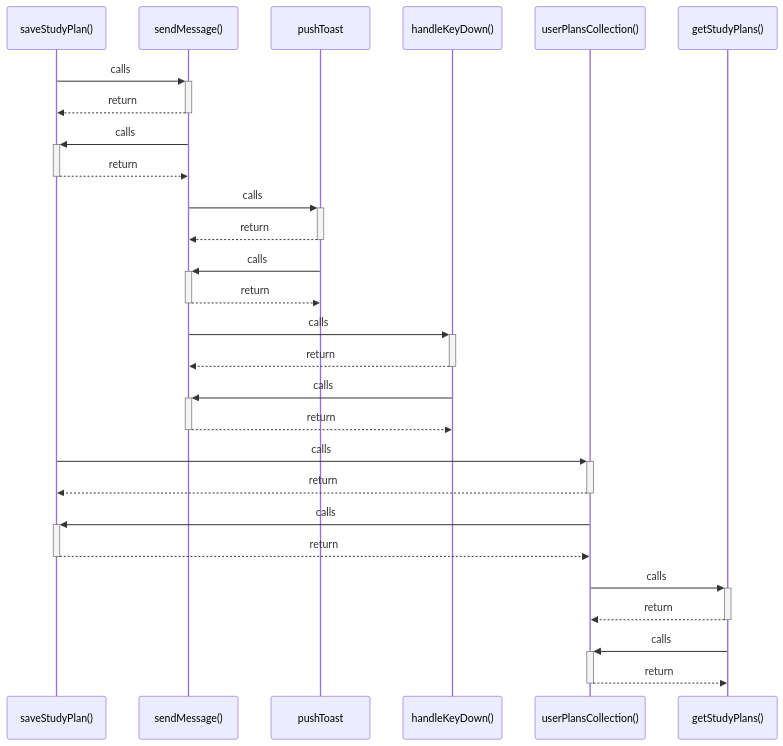
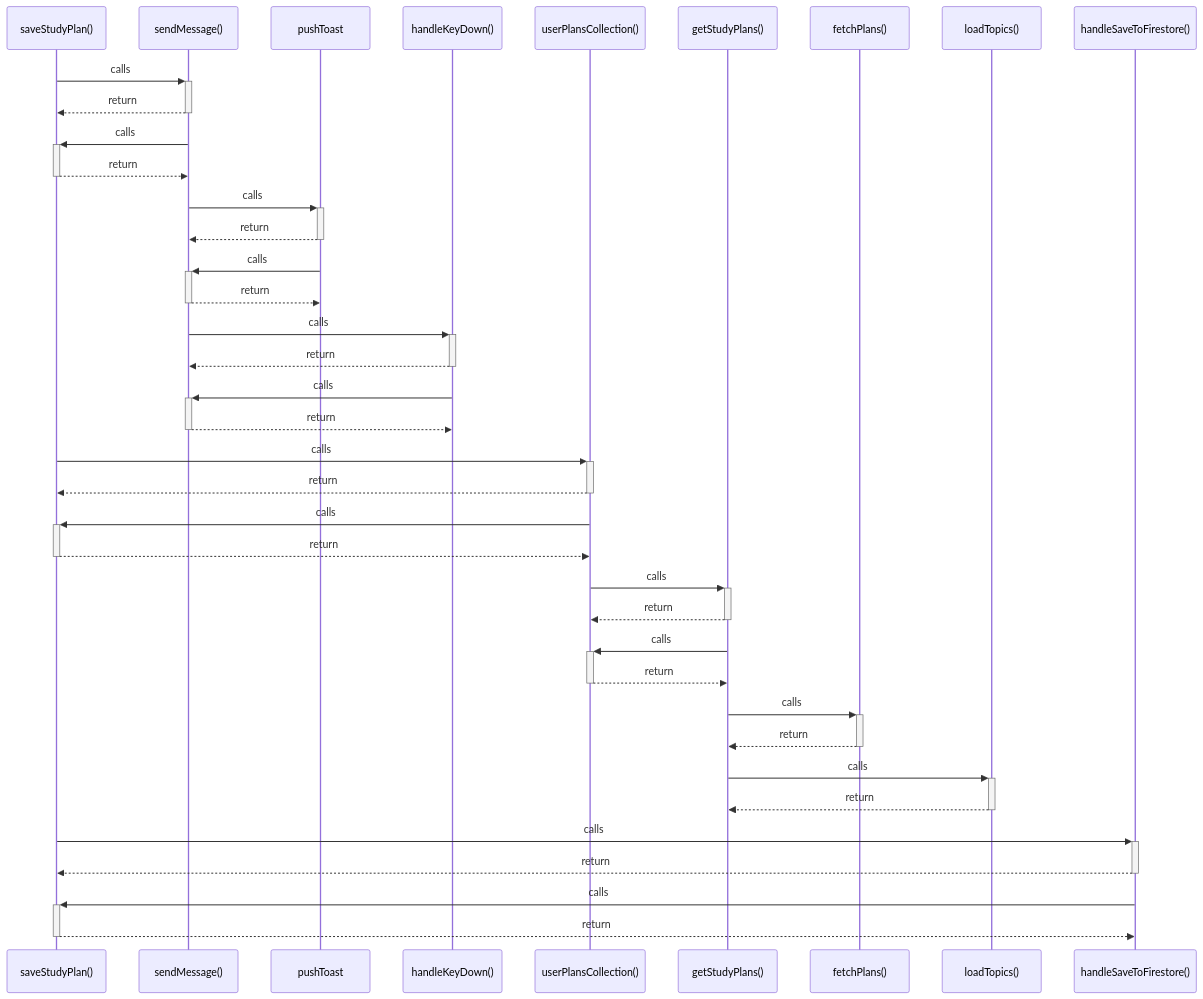
The diagram in src/graphify-out/wiki/saveStudyPlan().md (Exselsa/studysync-ai), drawn with Mermaid before and after one commit. The commit also changed other lines of this file and 39 other files, not shown here.

````diff
--- a/src/graphify-out/wiki/saveStudyPlan().md
+++ b/src/graphify-out/wiki/saveStudyPlan().md
@@ -7,29 +7,40 @@
 ```mermaid
 sequenceDiagram
     participant P0 as saveStudyPlan()
     participant P1 as sendMessage()
     participant P2 as pushToast
     participant P3 as handleKeyDown()
     participant P4 as userPlansCollection()
     participant P5 as getStudyPlans()
+    participant P6 as fetchPlans()
+    participant P7 as loadTopics()
+    participant P8 as handleSaveToFirestore()
     P0->>+ P1: calls
     P1-->>- P0: return
     P1->>+ P0: calls
     P0-->>- P1: return
     P1->>+ P2: calls
     P2-->>- P1: return
     P2->>+ P1: calls
     P1-->>- P2: return
     P1->>+ P3: calls
     P3-->>- P1: return
     P3->>+ P1: calls
     P1-->>- P3: return
     P0->>+ P4: calls
     P4-->>- P0: return
     P4->>+ P0: calls
     P0-->>- P4: return
     P4->>+ P5: calls
     P5-->>- P4: return
     P5->>+ P4: calls
     P4-->>- P5: return
+    P5->>+ P6: calls
+    P6-->>- P5: return
+    P5->>+ P7: calls
+    P7-->>- P5: return
+    P0->>+ P8: calls
+    P8-->>- P0: return
+    P8->>+ P0: calls
+    P0-->>- P8: return
 ```
````
